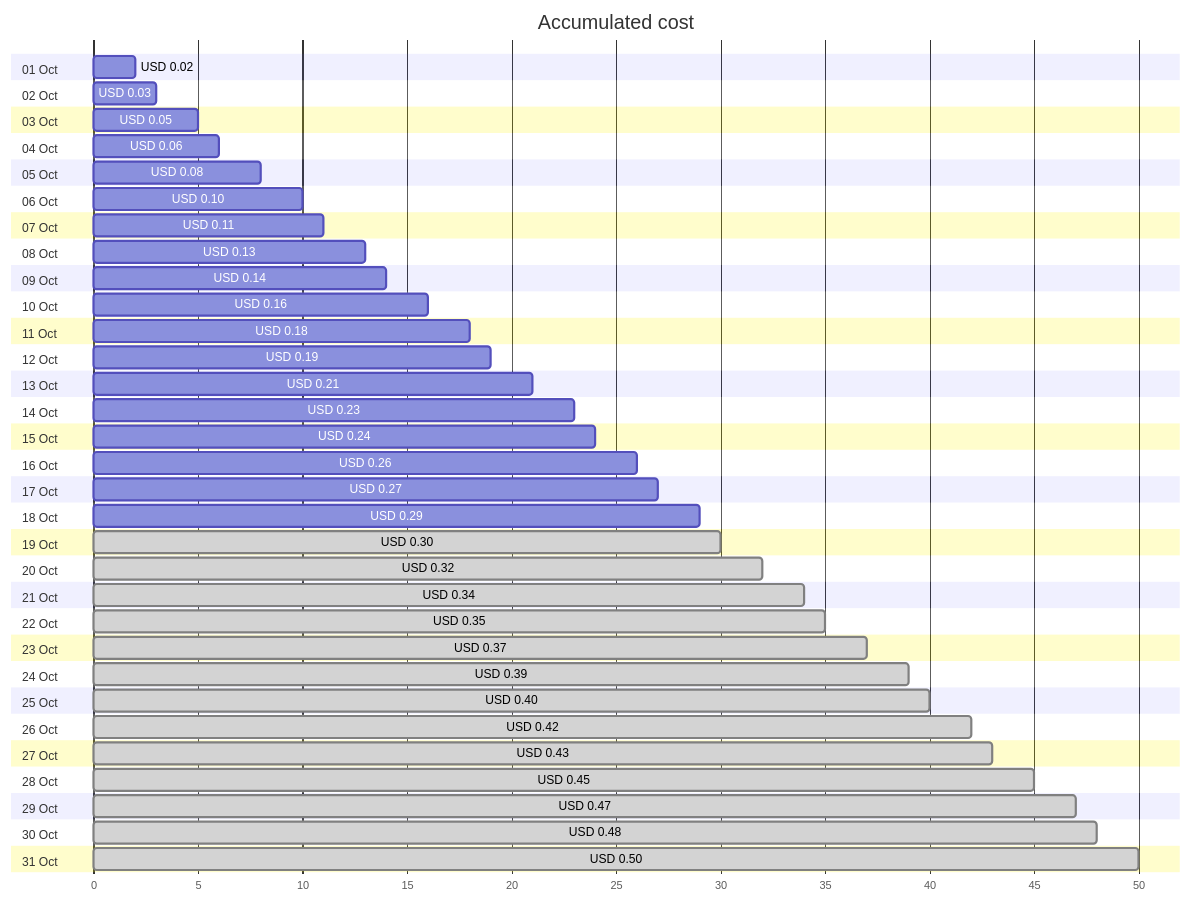
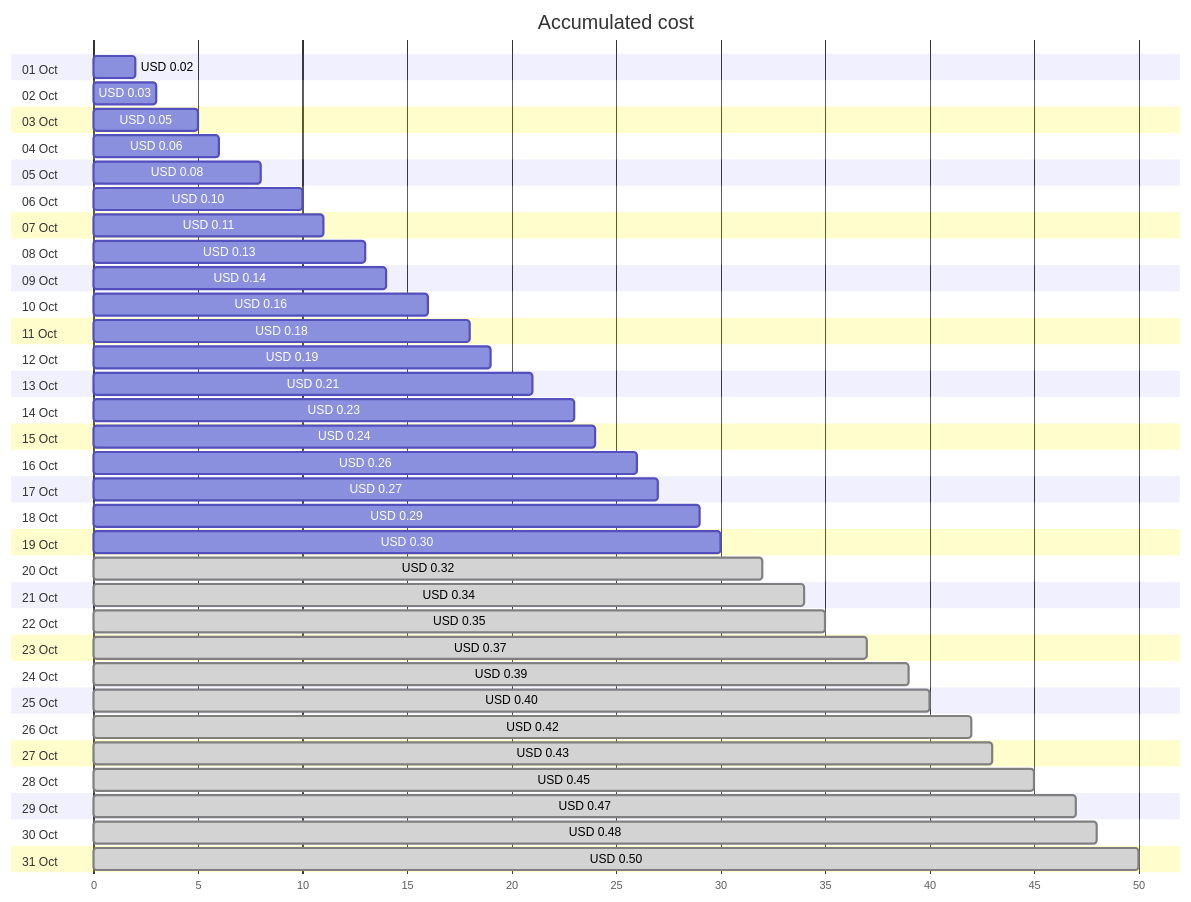
Before and after one commit to jpfulton/azure-personal-reports: the first of 4 diagrams in cost-reports/personal-network/private.jpatrickfulton.com.md, drawn with Mermaid. The commit also changed other lines of this file and 8 other files, not shown here.

````diff
--- a/cost-reports/personal-network/private.jpatrickfulton.com.md
+++ b/cost-reports/personal-network/private.jpatrickfulton.com.md
@@ -20,68 +20,68 @@
 ```mermaid
 gantt
    title Accumulated cost
    dateFormat  X
    axisFormat %s
    section 01 Oct
    USD 0.02 :0, 2
    section 02 Oct
    USD 0.03 :0, 3
    section 03 Oct
    USD 0.05 :0, 5
    section 04 Oct
    USD 0.06 :0, 6
    section 05 Oct
    USD 0.08 :0, 8
    section 06 Oct
    USD 0.10 :0, 10
    section 07 Oct
    USD 0.11 :0, 11
    section 08 Oct
    USD 0.13 :0, 13
    section 09 Oct
    USD 0.14 :0, 14
    section 10 Oct
    USD 0.16 :0, 16
    section 11 Oct
    USD 0.18 :0, 18
    section 12 Oct
    USD 0.19 :0, 19
    section 13 Oct
    USD 0.21 :0, 21
    section 14 Oct
    USD 0.23 :0, 23
    section 15 Oct
    USD 0.24 :0, 24
    section 16 Oct
    USD 0.26 :0, 26
    section 17 Oct
    USD 0.27 :0, 27
    section 18 Oct
    USD 0.29 :0, 29
    section 19 Oct
-   USD 0.30 : done, 0, 30
+   USD 0.30 :0, 30
    section 20 Oct
    USD 0.32 : done, 0, 32
    section 21 Oct
    USD 0.34 : done, 0, 34
    section 22 Oct
    USD 0.35 : done, 0, 35
    section 23 Oct
    USD 0.37 : done, 0, 37
    section 24 Oct
    USD 0.39 : done, 0, 39
    section 25 Oct
    USD 0.40 : done, 0, 40
    section 26 Oct
    USD 0.42 : done, 0, 42
    section 27 Oct
    USD 0.43 : done, 0, 43
    section 28 Oct
    USD 0.45 : done, 0, 45
    section 29 Oct
    USD 0.47 : done, 0, 47
    section 30 Oct
    USD 0.48 : done, 0, 48
    section 31 Oct
    USD 0.50 : done, 0, 50
 ```
````
